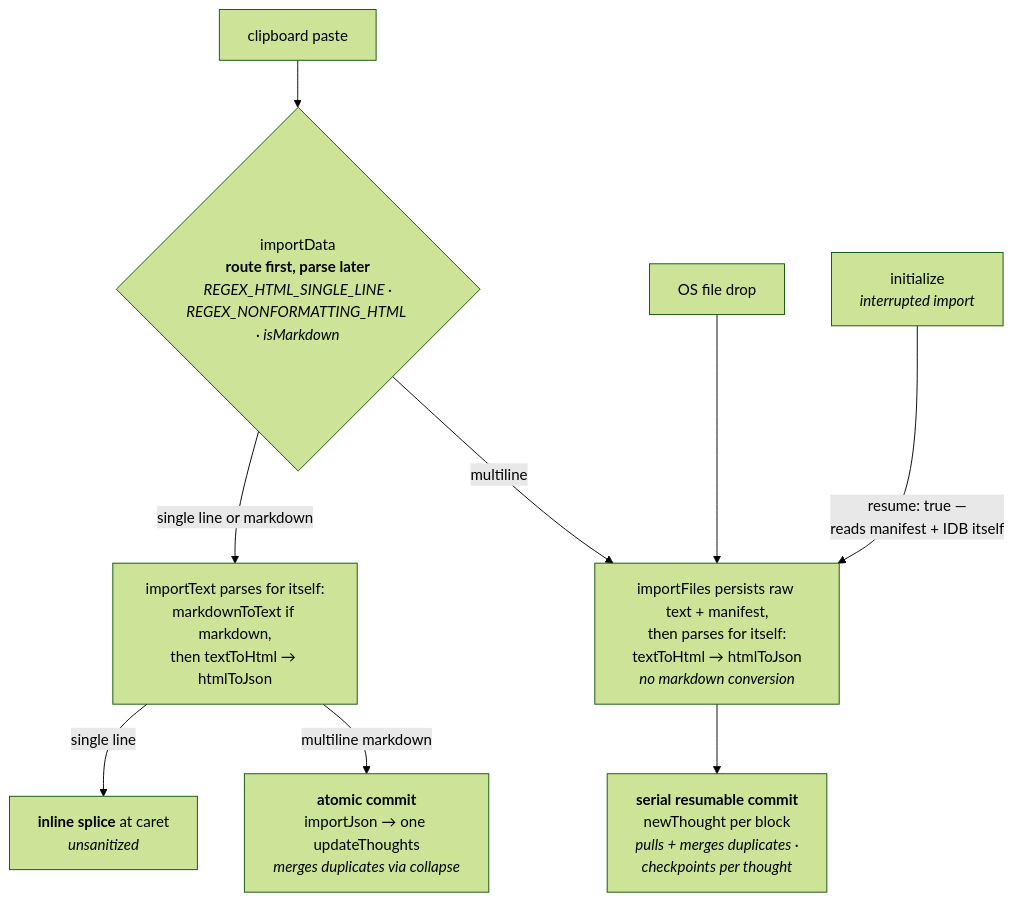
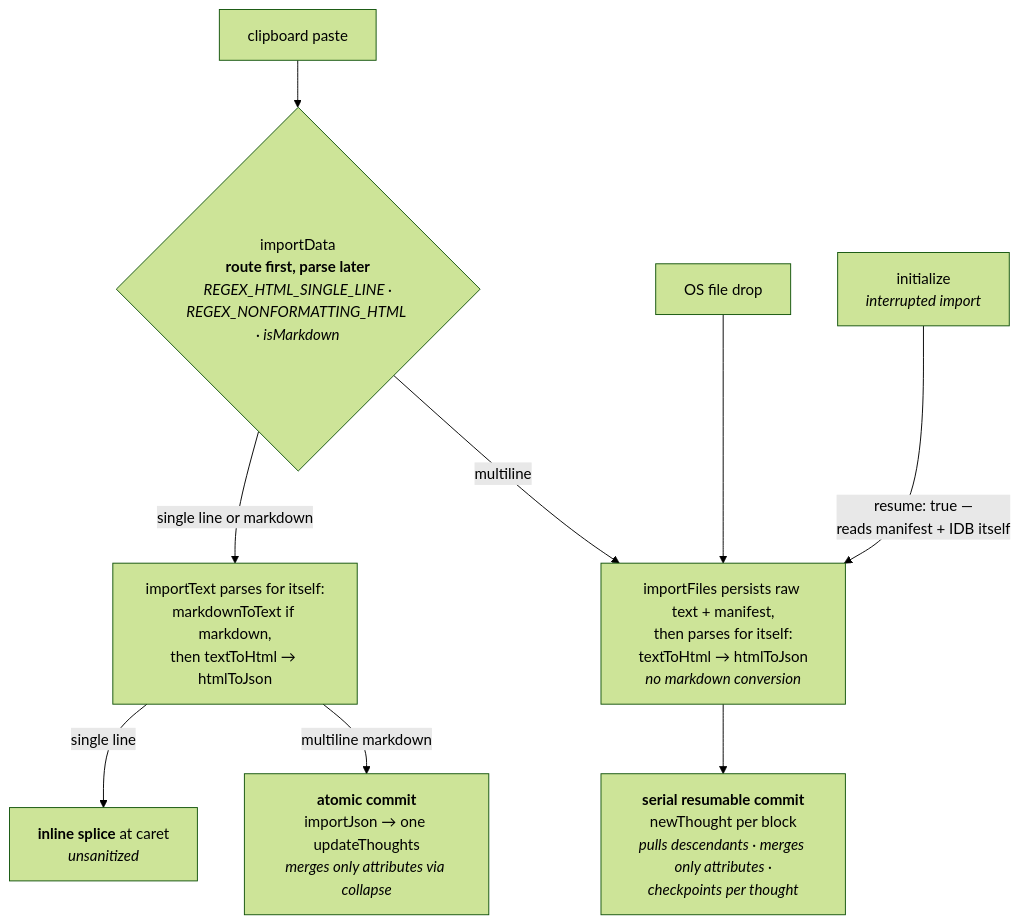
The second of 3 diagrams in docs/import-pipeline.md (cybersemics/em), drawn with Mermaid (forest theme) before and after one commit. The commit also changed other lines of this file, not shown here.

Commit message:
docs(import-pipeline): both executors merge only attributes since #4539

````diff
--- a/docs/import-pipeline.md
+++ b/docs/import-pipeline.md
@@ -235,17 +235,17 @@
 ```mermaid
 flowchart TD
     paste["clipboard paste"] --> router
     dnd["OS file drop"] --> persist
     resume["initialize<br/><i>interrupted import</i>"] -- "resume: true —<br/>reads manifest + IDB itself" --> persist
 
     router{"importData<br/><b>route first, parse later</b><br/><i>REGEX_HTML_SINGLE_LINE ·<br/>REGEX_NONFORMATTING_HTML · isMarkdown</i>"}
     router -- "single line or markdown" --> parseText
     router -- "multiline" --> persist
 
     parseText["importText parses for itself:<br/>markdownToText if markdown,<br/>then textToHtml → htmlToJson"]
     parseText -- "single line" --> splice["<b>inline splice</b> at caret<br/><i>unsanitized</i>"]
-    parseText -- "multiline markdown" --> atomic["<b>atomic commit</b><br/>importJson → one updateThoughts<br/><i>merges duplicates via collapse</i>"]
+    parseText -- "multiline markdown" --> atomic["<b>atomic commit</b><br/>importJson → one updateThoughts<br/><i>merges only attributes via collapse</i>"]
 
     persist["importFiles persists raw text + manifest,<br/>then parses for itself:<br/>textToHtml → htmlToJson<br/><i>no markdown conversion</i>"]
-    persist --> serial["<b>serial resumable commit</b><br/>newThought per block<br/><i>pulls + merges duplicates ·<br/>checkpoints per thought</i>"]
+    persist --> serial["<b>serial resumable commit</b><br/>newThought per block<br/><i>pulls descendants · merges only attributes ·<br/>checkpoints per thought</i>"]
 ```
````
